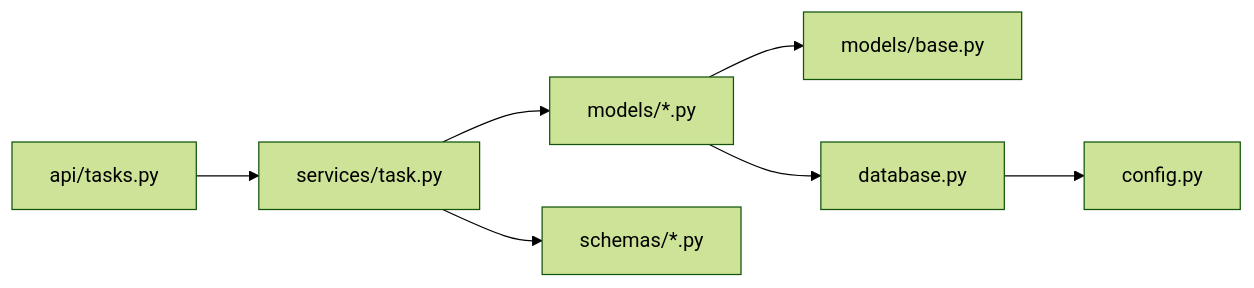
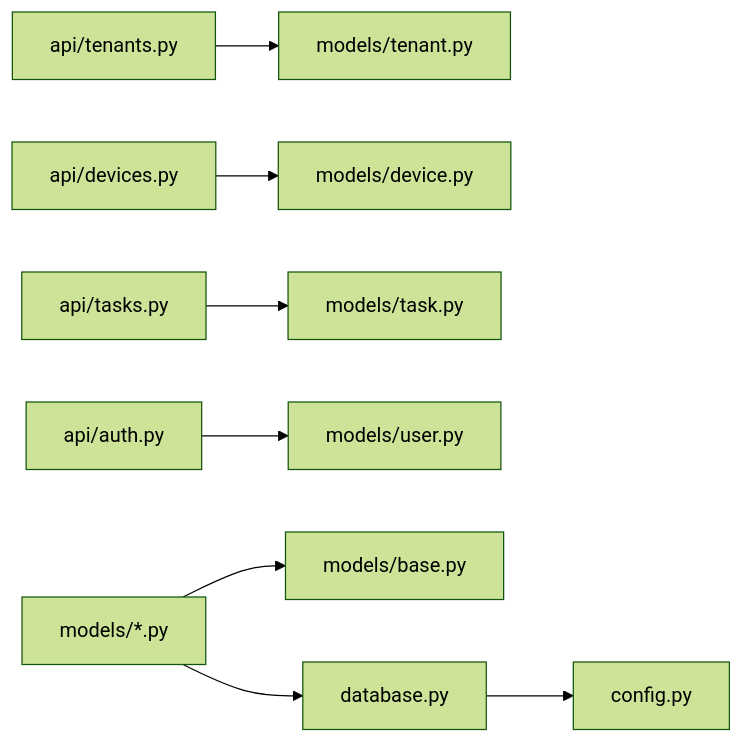
One commit to onebody/ccclubs_AI_RPA changed the fifth of 5 diagrams in .qoder/repowiki/zh/content/数据持久化/数据模型与访问.md. Above: the diagram before and after it, drawn with Mermaid (forest theme). The commit also changed other lines of this file and 16 other files, not shown here.

````diff
--- a/.qoder/repowiki/zh/content/数据持久化/数据模型与访问.md
+++ b/.qoder/repowiki/zh/content/数据持久化/数据模型与访问.md
@@ -350,9 +331,10 @@
 ```mermaid
 graph LR
-API["api/tasks.py"] --> SVC["services/task.py"]
-SVC --> MODELS["models/*.py"]
-SVC --> SCHEMAS["schemas/*.py"]
-MODELS --> BASE["models/base.py"]
-MODELS --> DB["database.py"]
+TENANT_API["api/tenants.py"] --> TENANT_MODEL["models/tenant.py"]
+DEVICE_API["api/devices.py"] --> DEVICE_MODEL["models/device.py"]
+TASK_API["api/tasks.py"] --> TASK_MODEL["models/task.py"]
+AUTH_API["api/auth.py"] --> USER_MODEL["models/user.py"]
+MODEL["models/*.py"] --> BASE["models/base.py"]
+MODEL --> DB["database.py"]
 DB --> CONFIG["config.py"]
 ```
````
